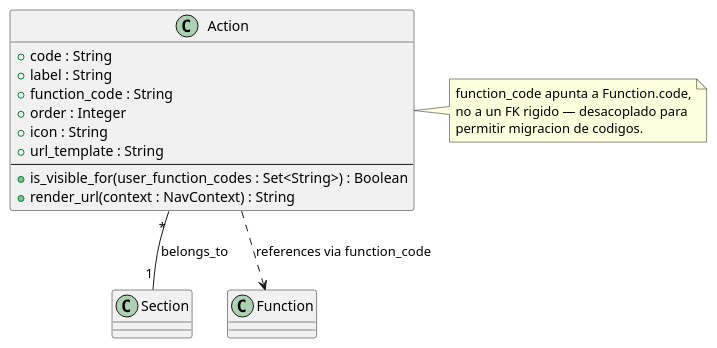
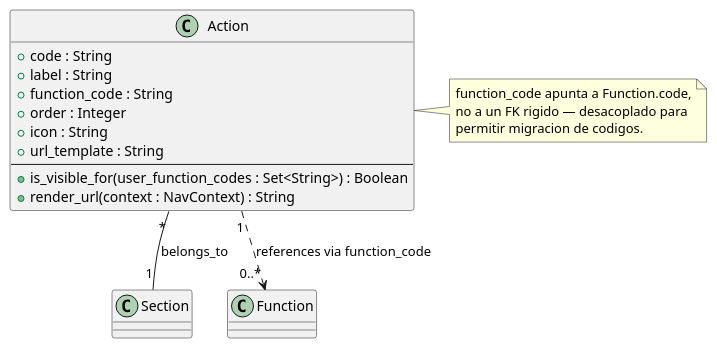
One commit to jcg-admin/IACT-docs changed the diagram in source/arquitectura-tecnica/domain-model/action.rst. Above: the diagram before and after it, drawn with PlantUML. The commit also changed 44 other files, not shown here.

First line of the commit message:
Apply UML rigor pass batch 3: sweep multiplicities + checklist

```diff
--- a/source/arquitectura-tecnica/domain-model/action.rst
+++ b/source/arquitectura-tecnica/domain-model/action.rst
@@ -30,31 +30,31 @@
 .. uml::
  :caption: Clase Action — item de navegación con
            referencia a Function vía function_code.
 
  @startuml
 
  class Action {
    + code : String
    + label : String
    + function_code : String
    + order : Integer
    + icon : String
    + url_template : String
    --
    + is_visible_for(user_function_codes : Set<String>) : Boolean
    + render_url(context : NavContext) : String
  }
 
  class Section
  class Function
 
  Action "*" -- "1" Section : belongs_to
- Action ..> Function : references via function_code
+ Action "1" ..> "0..*" Function : references via function_code
 
  note right of Action
    function_code apunta a Function.code,
    no a un FK rigido — desacoplado para
    permitir migracion de codigos.
  end note
 
  @enduml
```
